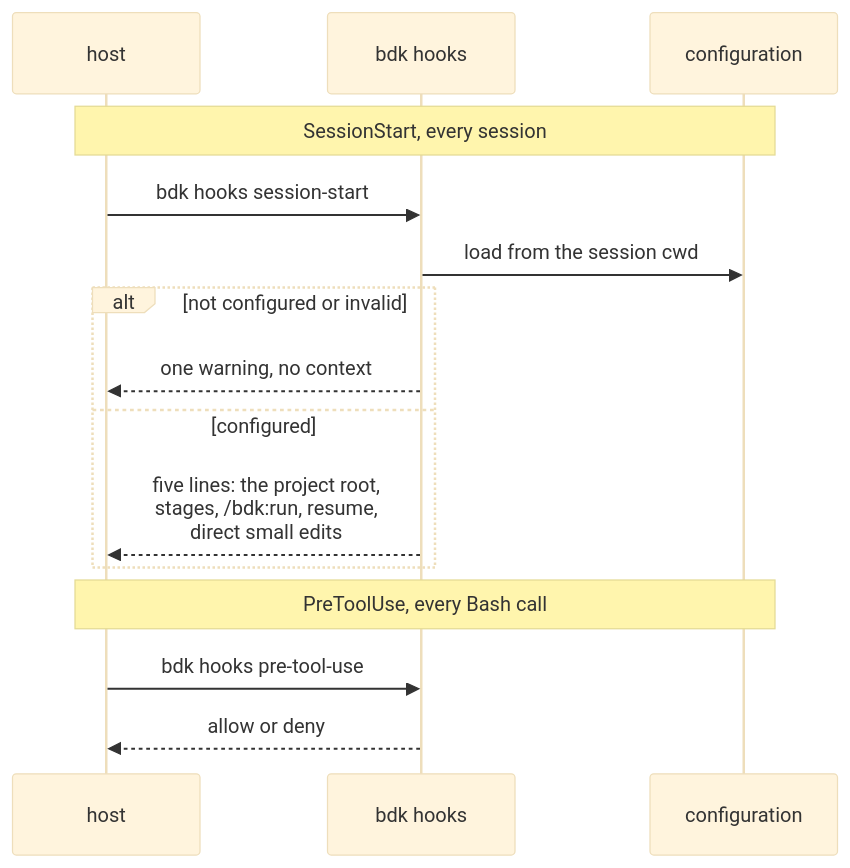
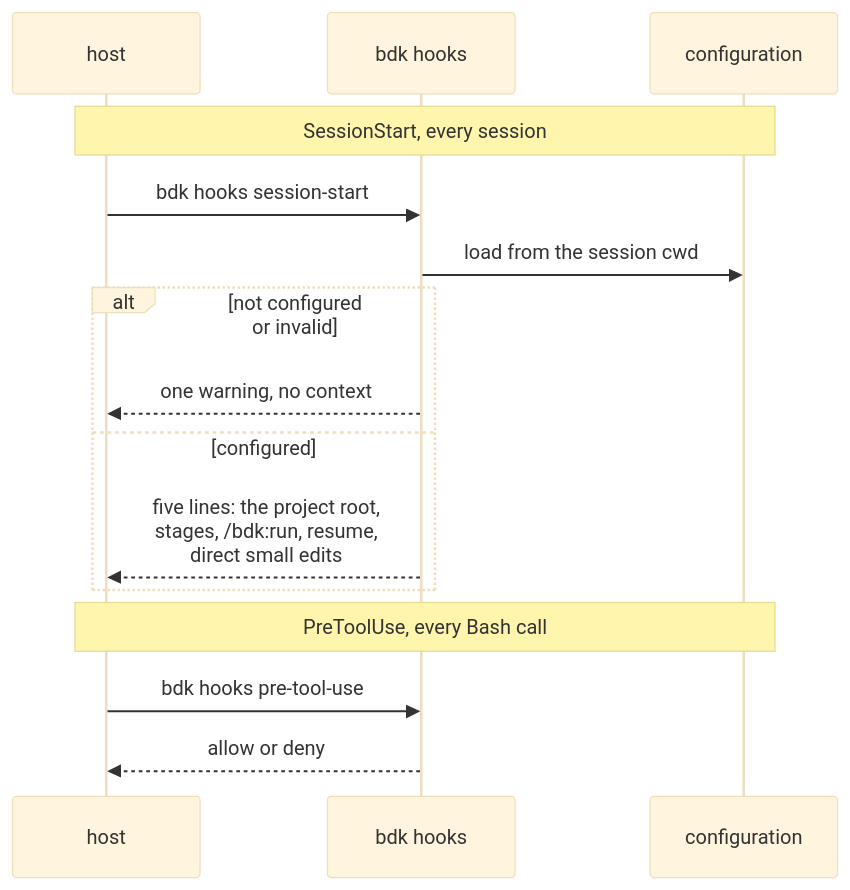
Before and after one commit to broneq/bdk: the fifth of 6 diagrams in docs/concepts/cli-config-hooks.md, drawn with Mermaid (base theme). The commit also changed 12 other files, not shown here.

First line of the commit message:
fix(docs): keep Mermaid edge and block labels on their author's lines

````diff
--- a/docs/concepts/cli-config-hooks.md
+++ b/docs/concepts/cli-config-hooks.md
@@ -156,17 +156,17 @@
 ```mermaid
 sequenceDiagram
   participant H as host
   participant B as bdk hooks
   participant C as configuration
   Note over H,C: SessionStart, every session
   H->>B: bdk hooks session-start
   B->>C: load from the session cwd
-  alt not configured or invalid
+  alt not configured<br/>or invalid
     B-->>H: one warning, no context
   else configured
     B-->>H: five lines: the project root,<br/>stages, /bdk:run, resume,<br/>direct small edits
   end
   Note over H,C: PreToolUse, every Bash call
   H->>B: bdk hooks pre-tool-use
   B-->>H: allow or deny
 ```
````
